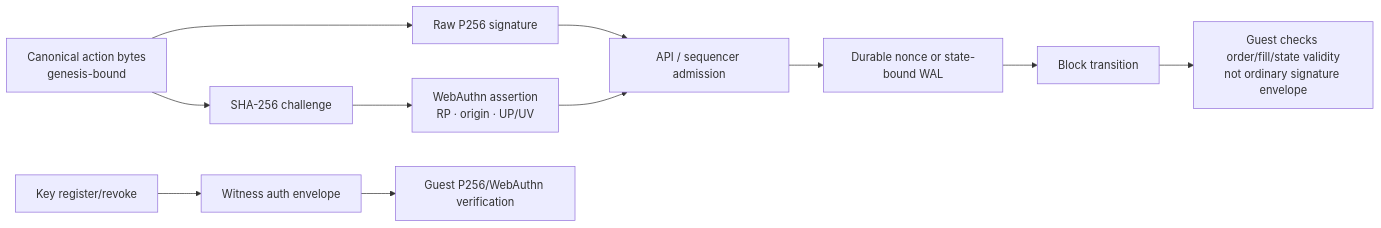
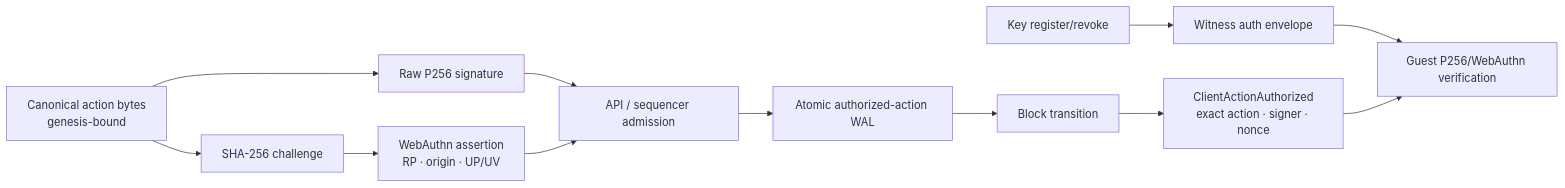
The diagram in docs/architecture/05-interfaces/P256 Authentication.md (MetaB0y/sybil), drawn with Mermaid before and after one commit. The commit also changed other lines of this file and 56 other files, not shown here.

````diff
--- a/docs/architecture/05-interfaces/P256 Authentication.md
+++ b/docs/architecture/05-interfaces/P256 Authentication.md
@@ -22,11 +22,11 @@
 ```mermaid
 flowchart LR
     ACTION["Canonical action bytes<br/>genesis-bound"] --> RAW["Raw P256 signature"]
     ACTION --> HASH["SHA-256 challenge"] --> WEB["WebAuthn assertion<br/>RP · origin · UP/UV"]
     RAW --> EDGE["API / sequencer admission"]
     WEB --> EDGE
-    EDGE --> WAL["Durable nonce or state-bound WAL"]
+    EDGE --> WAL["Atomic authorized-action WAL"]
     WAL --> BLOCK["Block transition"]
     KEYOP["Key register/revoke"] --> WIT["Witness auth envelope"] --> GUEST["Guest P256/WebAuthn verification"]
-    BLOCK --> MATCH["Guest checks order/fill/state validity<br/>not ordinary signature envelope"]
+    BLOCK --> ACTIONWIT["ClientActionAuthorized<br/>exact action · signer · nonce"] --> GUEST
 ```
````
